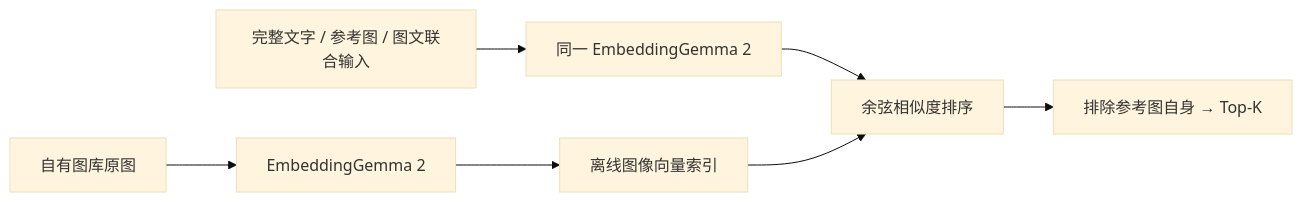
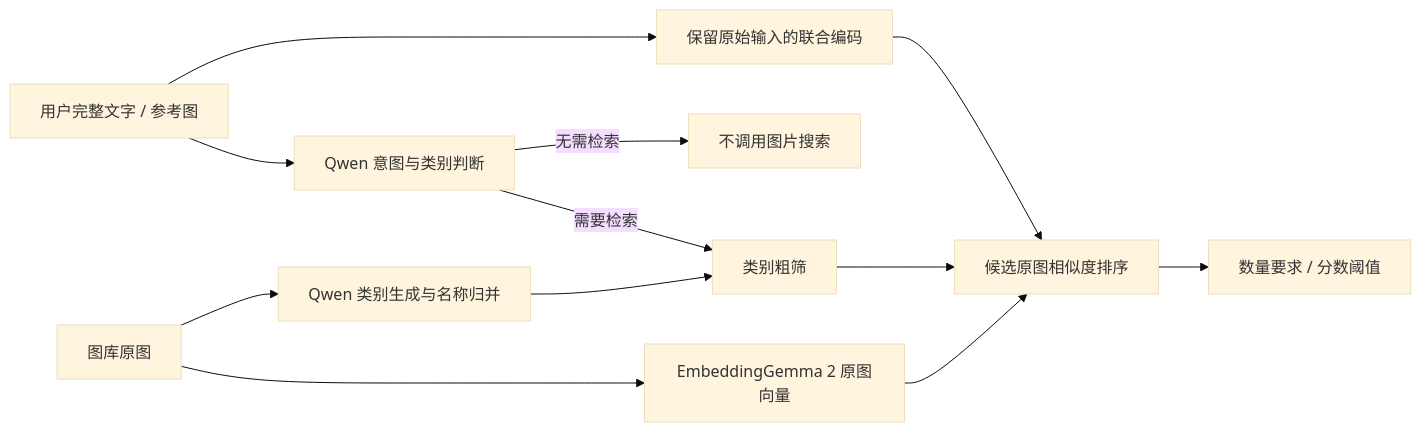
One commit to liangjianshu/multimodal-image-retrieval changed the diagram in README.md. Above: the diagram before and after it, drawn with Mermaid (base theme). The commit also changed other lines of this file and 36 other files, not shown here.

````diff
--- a/README.md
+++ b/README.md
@@ -75,9 +76,14 @@
 ```mermaid
 flowchart LR
-    A[自有图库原图] --> B[EmbeddingGemma 2]
-    B --> C[离线图像向量索引]
-    Q[完整文字 / 参考图 / 图文联合输入] --> E[同一 EmbeddingGemma 2]
-    E --> F[余弦相似度排序]
-    C --> F
-    F --> H[排除参考图自身 → Top-K]
+    A[图库原图] --> B[Qwen 类别生成与名称归并]
+    A --> C[EmbeddingGemma 2 原图向量]
+    Q[用户完整文字 / 参考图] --> R[Qwen 意图与类别判断]
+    R -->|无需检索| N[不调用图片搜索]
+    R -->|需要检索| F[类别粗筛]
+    B --> F
+    Q --> E[保留原始输入的联合编码]
+    E --> S[候选原图相似度排序]
+    F --> S
+    C --> S
+    S --> K[数量要求 / 分数阈值]
 ```
````
